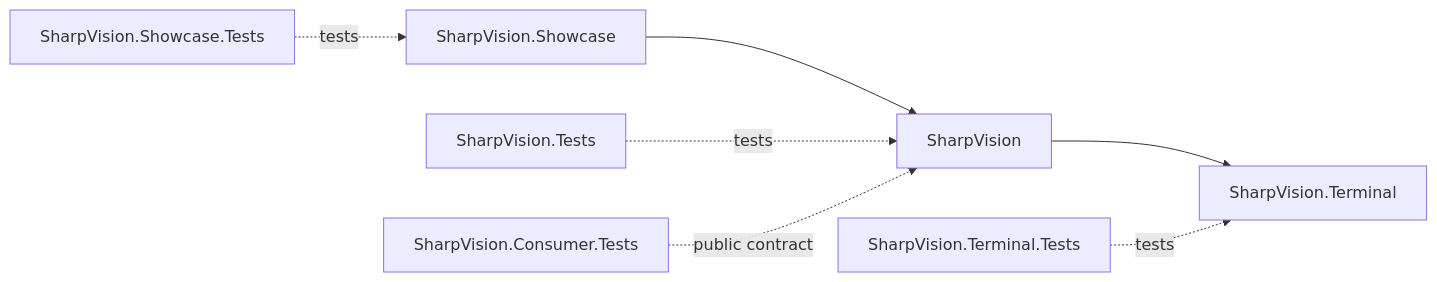
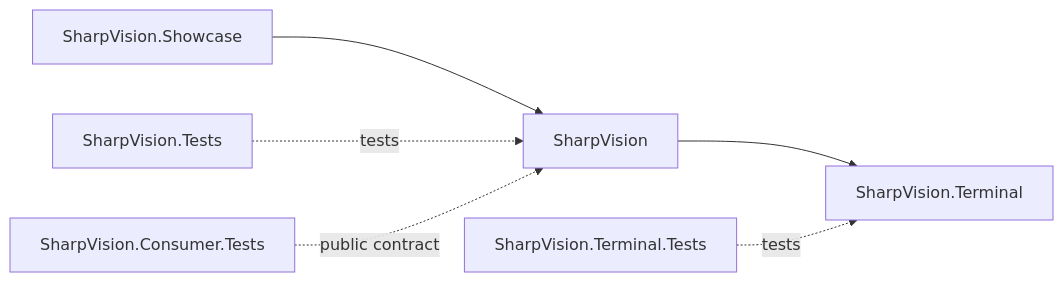
The diagram in docs/architecture/project-structure.md (pavkam/sharp-vision), drawn with Mermaid before and after one commit. The commit also changed other lines of this file and 46 other files, not shown here.

````diff
--- a/docs/architecture/project-structure.md
+++ b/docs/architecture/project-structure.md
@@ -8,16 +10,14 @@
 ```mermaid
 flowchart LR
     Terminal["SharpVision.Terminal"]
     UI["SharpVision"]
     Showcase["SharpVision.Showcase"]
     TerminalTests["SharpVision.Terminal.Tests"]
     UITests["SharpVision.Tests"]
     ConsumerTests["SharpVision.Consumer.Tests"]
-    ShowcaseTests["SharpVision.Showcase.Tests"]
     UI --> Terminal
     Showcase --> UI
     TerminalTests -. tests .-> Terminal
     UITests -. tests .-> UI
     ConsumerTests -. public contract .-> UI
-    ShowcaseTests -. tests .-> Showcase
 ```
````
